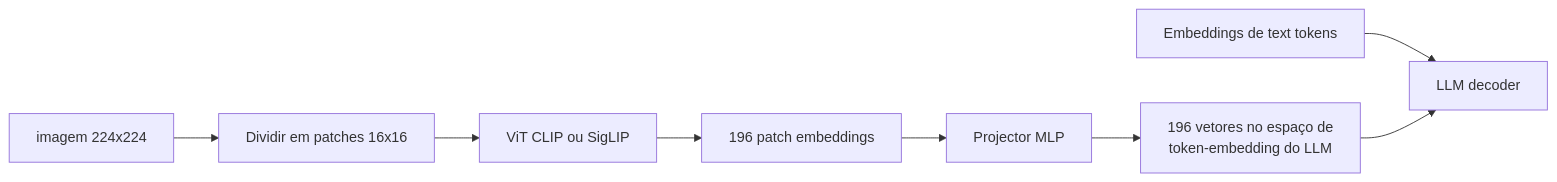
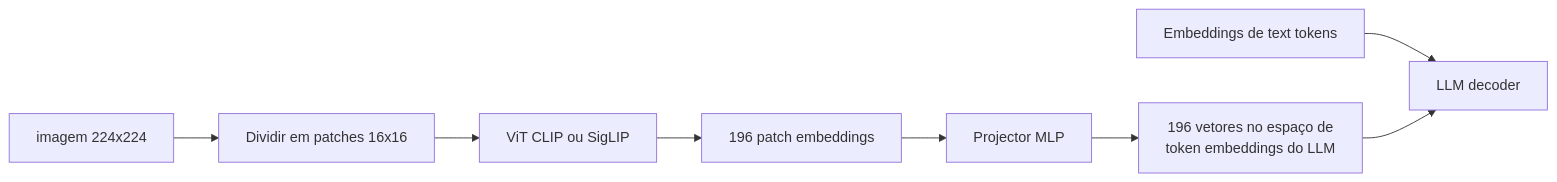
The first of 21 diagrams in 10-multimodal/questions.pt-BR.md (andrevberaldo/AI-Engineer-Interview-Questions), drawn with Mermaid before and after one commit. The commit also changed other lines of this file and 1 other file, not shown here.

````diff
--- a/10-multimodal/questions.pt-BR.md
+++ b/10-multimodal/questions.pt-BR.md
@@ -27,10 +27,10 @@
 ```mermaid
 flowchart LR
     A["imagem 224x224"] --> B["Dividir em patches 16x16"]
     B --> C["ViT CLIP ou SigLIP"]
     C --> D["196 patch embeddings"]
     D --> E["Projector MLP"]
-    E --> F["196 vetores no espaço de<br/>token-embedding do LLM"]
+    E --> F["196 vetores no espaço de<br/>token embeddings do LLM"]
     G["Embeddings de text tokens"] --> H["LLM decoder"]
     F --> H
 ```
````
